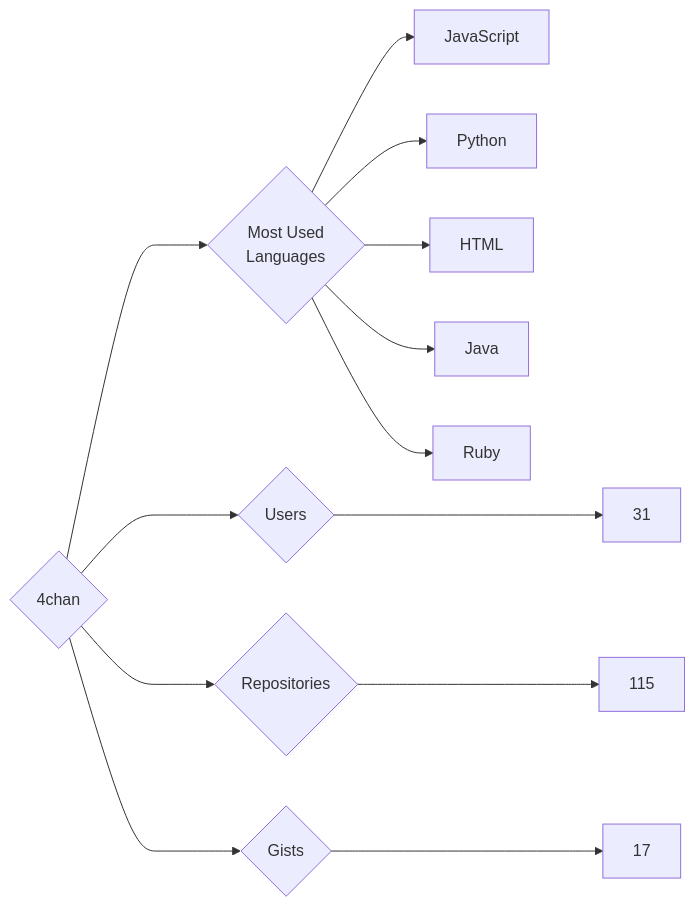
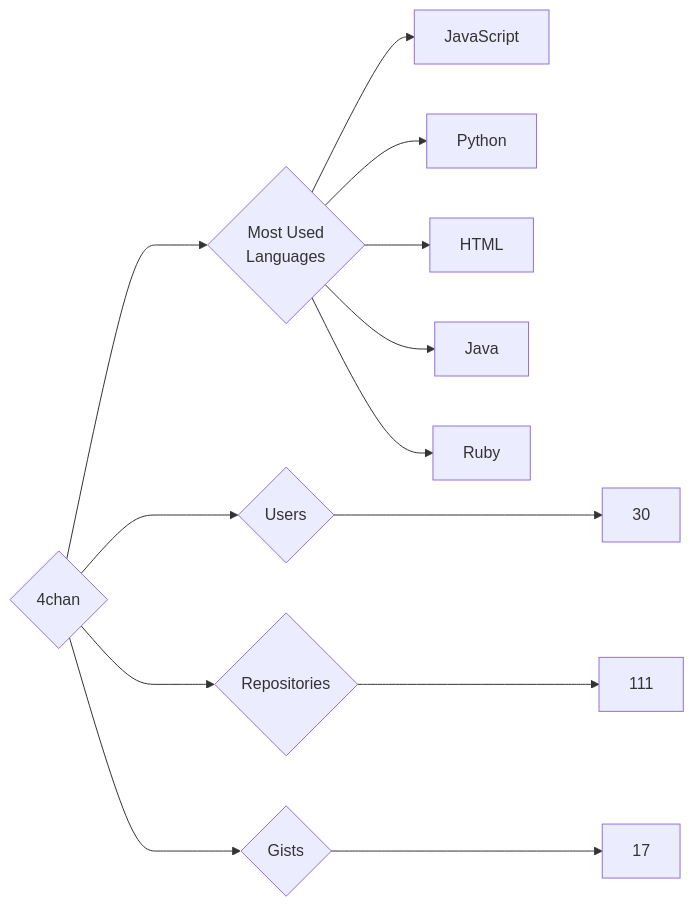
Before and after one commit to trickest/insiders: the diagram in targets/4chan/README.md, drawn with Mermaid. The commit also changed 823 other files, not shown here.

````diff
--- a/targets/4chan/README.md
+++ b/targets/4chan/README.md
@@ -3,13 +3,13 @@
 ```mermaid
 graph LR
 COMPANY_NAME{4chan}
-COMPANY_NAME ---> U{Users} ---> UN[31]
-COMPANY_NAME ---> R{Repositories} ---> RN[115]
+COMPANY_NAME ---> U{Users} ---> UN[30]
+COMPANY_NAME ---> R{Repositories} ---> RN[111]
 COMPANY_NAME ---> G{Gists} ---> GN[17]
 COMPANY_NAME ---> ML{Most Used<br>Languages}
 ML --> JavaScript[JavaScript]
 ML --> Python[Python]
 ML --> HTML[HTML]
 ML --> Java[Java]
 ML --> Ruby[Ruby]
 ```
````
